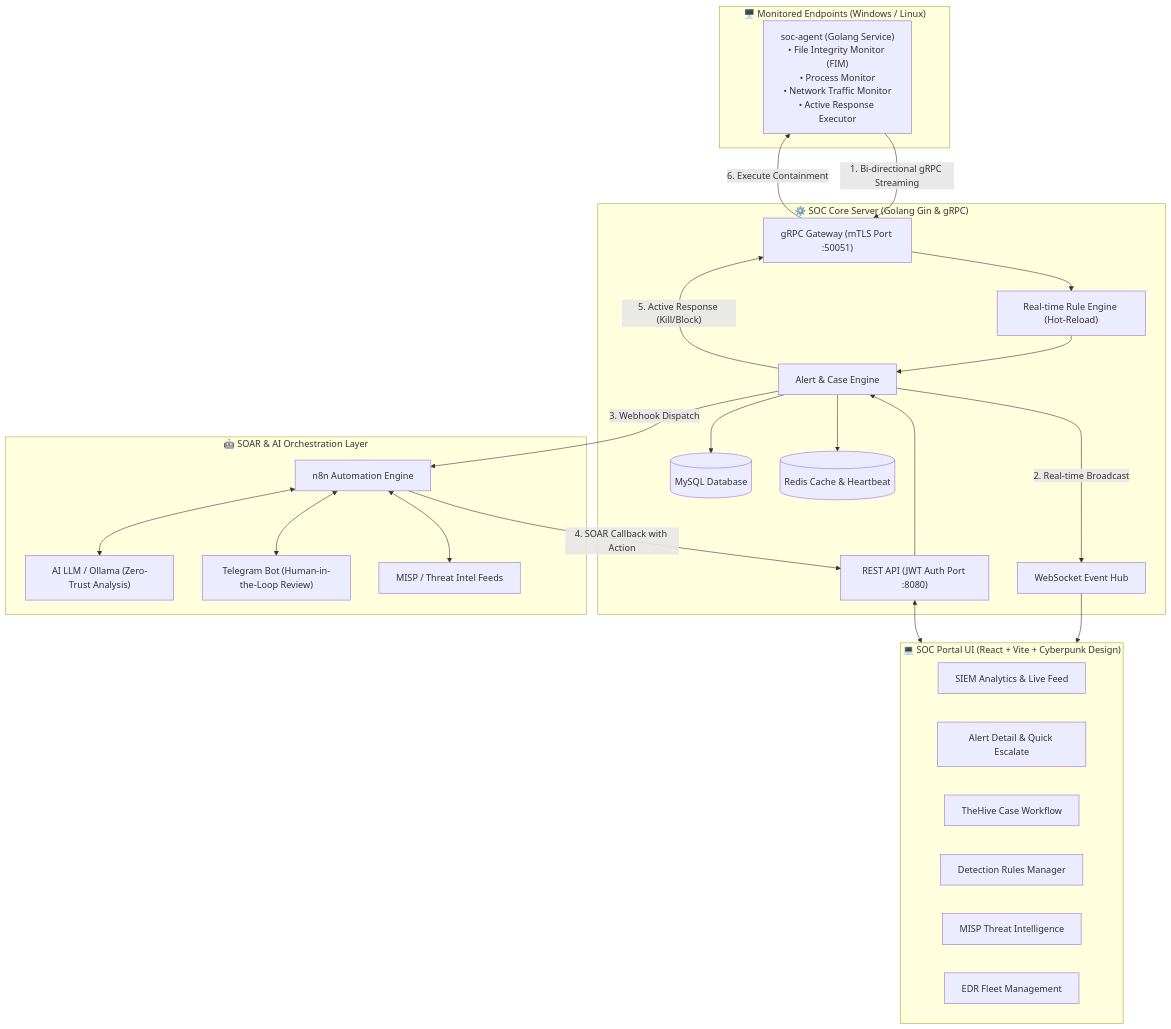
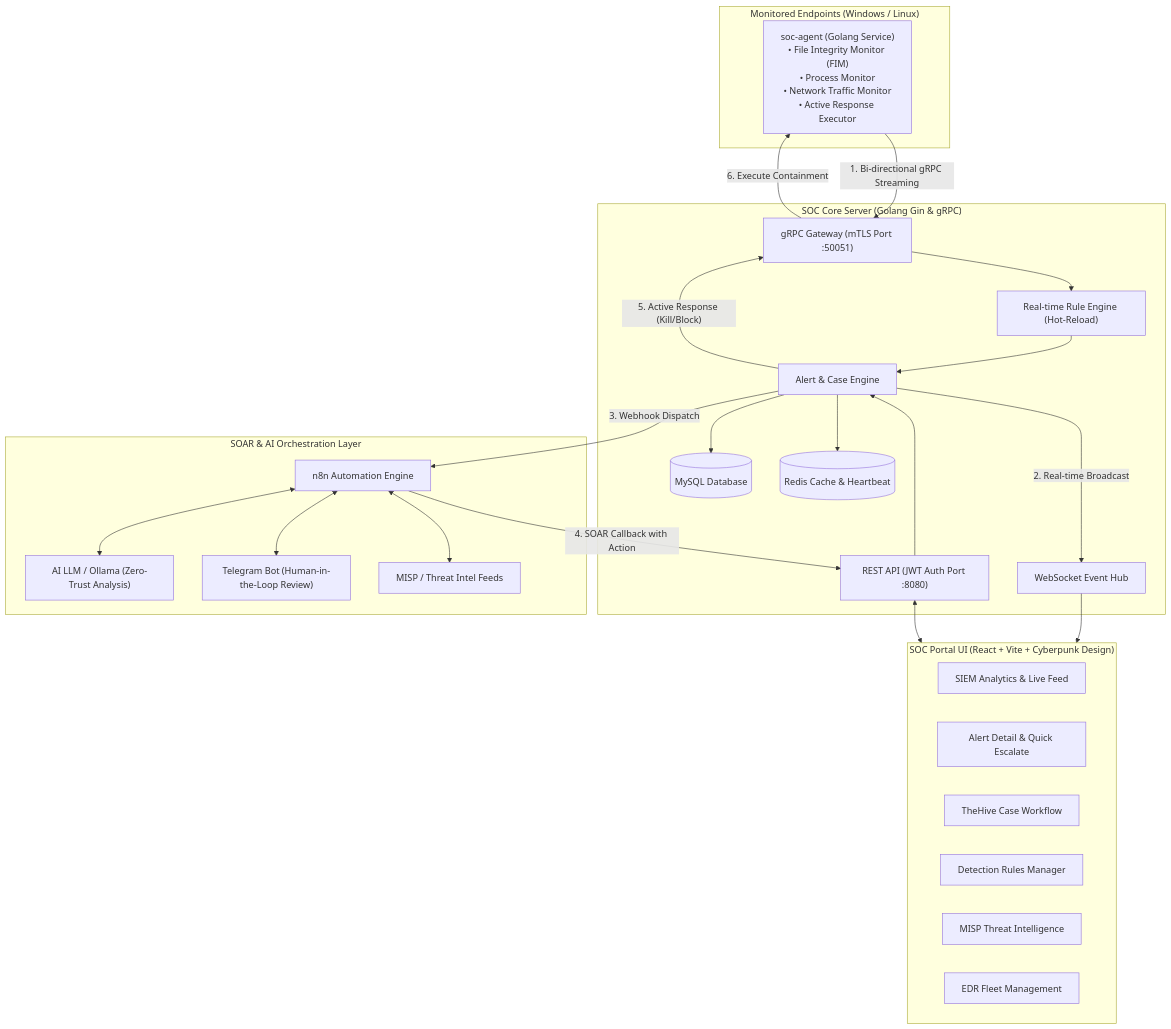
The diagram in README.md (tringuyenbmt123/do-an-tot-nghiep), drawn with Mermaid before and after one commit. The commit also changed other lines of this file, not shown here.

````diff
--- a/README.md
+++ b/README.md
@@ -43,52 +43,52 @@
 ```mermaid
 flowchart TB
-    subgraph Endpoints ["🖥️ Monitored Endpoints (Windows / Linux)"]
+    subgraph Endpoints ["Monitored Endpoints (Windows / Linux)"]
         Agent["soc-agent (Golang Service)\n• File Integrity Monitor (FIM)\n• Process Monitor\n• Network Traffic Monitor\n• Active Response Executor"]
     end
 
-    subgraph CoreBackend ["⚙️ SOC Core Server (Golang Gin & gRPC)"]
+    subgraph CoreBackend ["SOC Core Server (Golang Gin & gRPC)"]
         gRPCServer["gRPC Gateway (mTLS Port :50051)"]
         RuleEngine["Real-time Rule Engine (Hot-Reload)"]
         AlertService["Alert & Case Engine"]
         WSHub["WebSocket Event Hub"]
         RESTAPI["REST API (JWT Auth Port :8080)"]
         DB[(MySQL Database)]
         Redis[(Redis Cache & Heartbeat)]
     end
 
-    subgraph Frontend ["💻 SOC Portal UI (React + Vite + Cyberpunk Design)"]
+    subgraph Frontend ["SOC Portal UI (React + Vite + Cyberpunk Design)"]
         Dashboard["SIEM Analytics & Live Feed"]
         AlertDrawer["Alert Detail & Quick Escalate"]
         CaseMgmt["TheHive Case Workflow"]
         RuleMgmt["Detection Rules Manager"]
         IOCMgmt["MISP Threat Intelligence"]
         AgentCtrl["EDR Fleet Management"]
     end
 
-    subgraph Automation ["🤖 SOAR & AI Orchestration Layer"]
+    subgraph Automation ["SOAR & AI Orchestration Layer"]
         n8n["n8n Automation Engine"]
         Ollama["AI LLM / Ollama (Zero-Trust Analysis)"]
         Telegram["Telegram Bot (Human-in-the-Loop Review)"]
         MISP["MISP / Threat Intel Feeds"]
     end
 
     %% Data Flow
     Agent -- "1. Bi-directional gRPC Streaming" --> gRPCServer
     gRPCServer --> RuleEngine
     RuleEngine --> AlertService
     AlertService --> DB
     AlertService --> Redis
     AlertService -- "2. Real-time Broadcast" --> WSHub
     WSHub --> Frontend
     RESTAPI <--> Frontend
 
     %% SOAR Pipeline
     AlertService -- "3. Webhook Dispatch" --> n8n
     n8n <--> Ollama
     n8n <--> Telegram
     n8n <--> MISP
     n8n -- "4. SOAR Callback with Action" --> RESTAPI
     RESTAPI --> AlertService
     AlertService -- "5. Active Response (Kill/Block)" --> gRPCServer
     gRPCServer -- "6. Execute Containment" --> Agent
 ```
````
